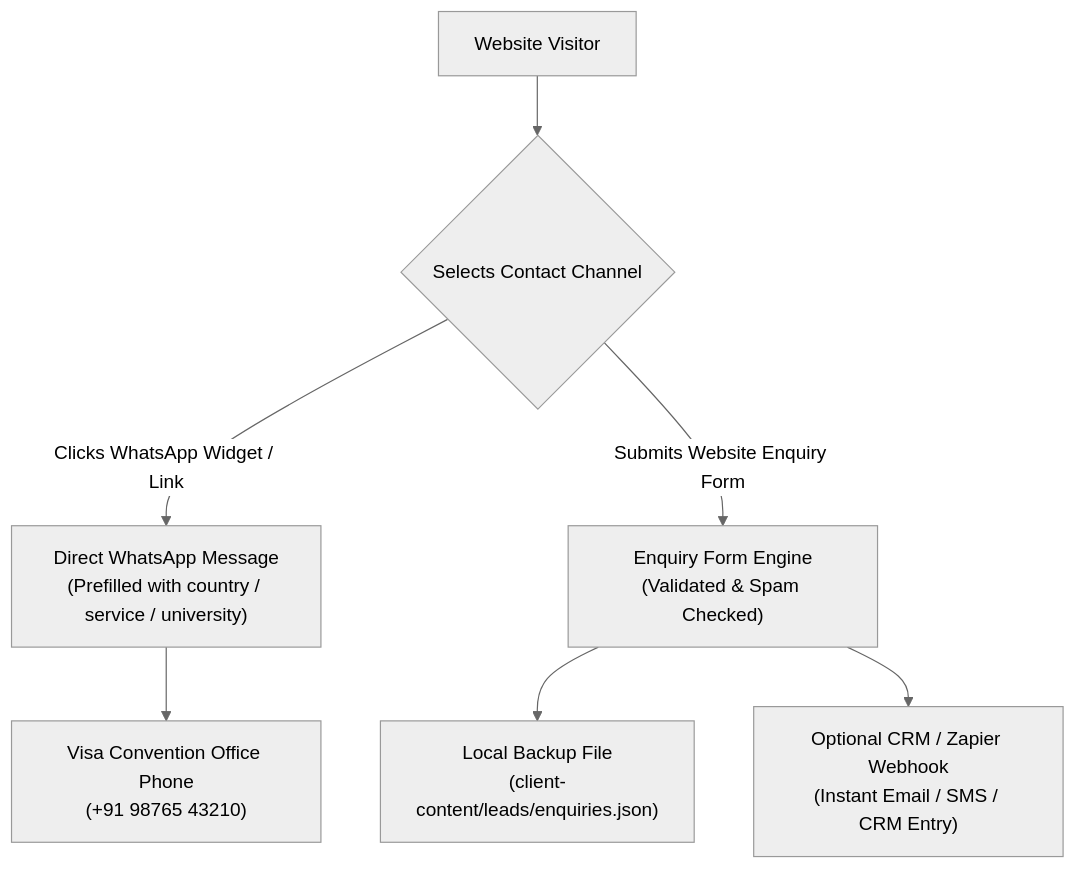
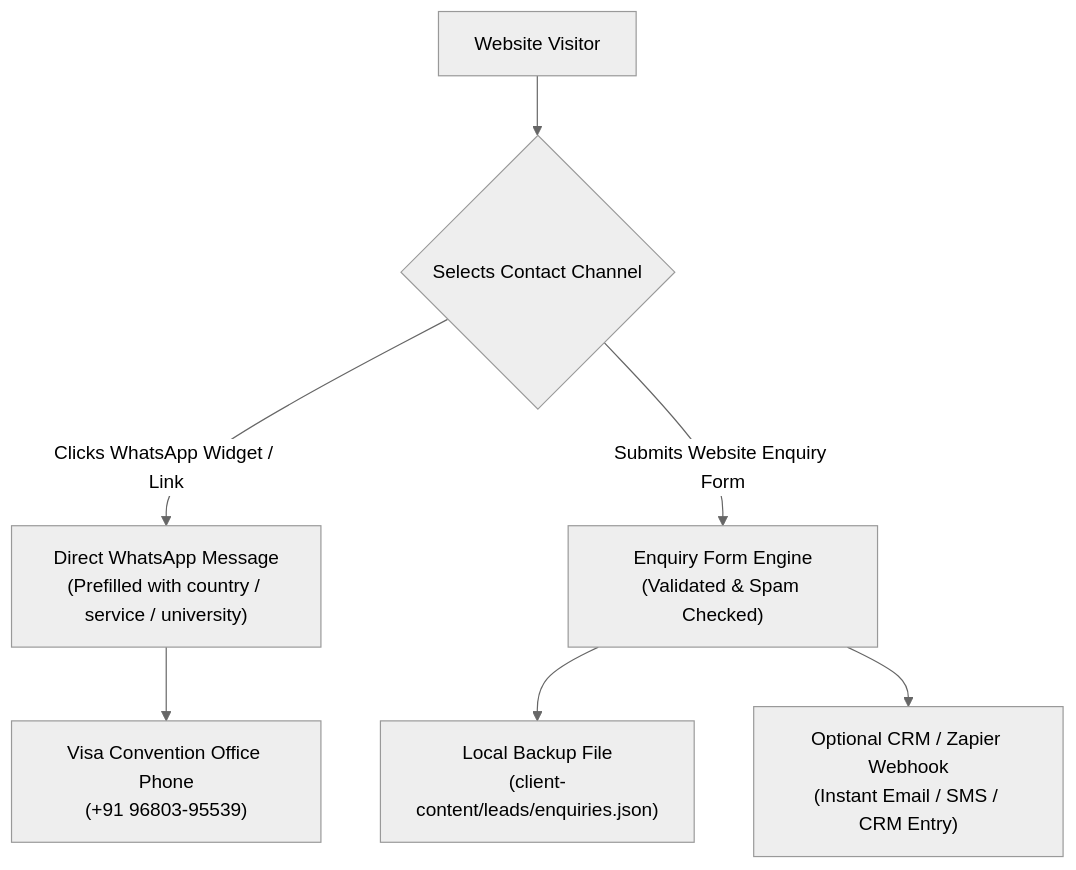
Before and after one commit to visaconvention/visa-convention-website: the diagram in CLIENT_HANDOVER.md, drawn with Mermaid (neutral theme). The commit also changed other lines of this file and 9 other files, not shown here.

````diff
--- a/CLIENT_HANDOVER.md
+++ b/CLIENT_HANDOVER.md
@@ -68,9 +68,9 @@
 ```mermaid
 flowchart TD
     User["Website Visitor"] --> Choice{"Selects Contact Channel"}
     Choice -->|"Clicks WhatsApp Widget / Link"| WA["Direct WhatsApp Message\n(Prefilled with country / service / university)"]
     Choice -->|"Submits Website Enquiry Form"| Web["Enquiry Form Engine\n(Validated & Spam Checked)"]
-    WA --> Phone["Visa Convention Office Phone\n(+91 98765 43210)"]
+    WA --> Phone["Visa Convention Office Phone\n(+91 96803-95539)"]
     Web --> Local["Local Backup File\n(client-content/leads/enquiries.json)"]
     Web --> CRM["Optional CRM / Zapier Webhook\n(Instant Email / SMS / CRM Entry)"]
 ```
````
